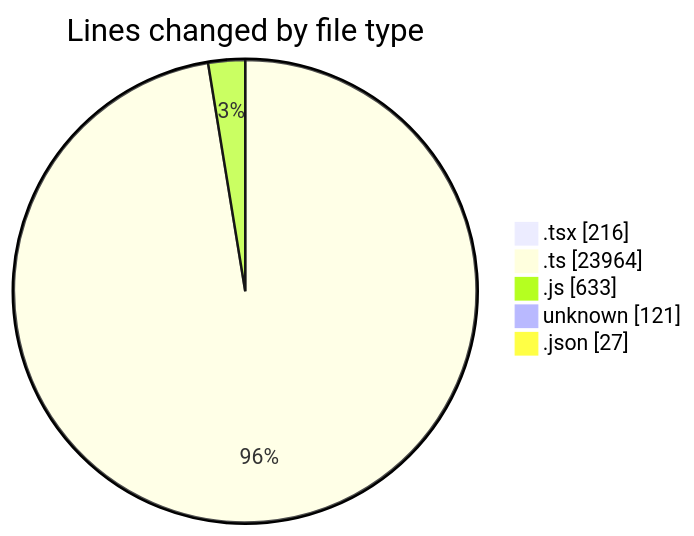
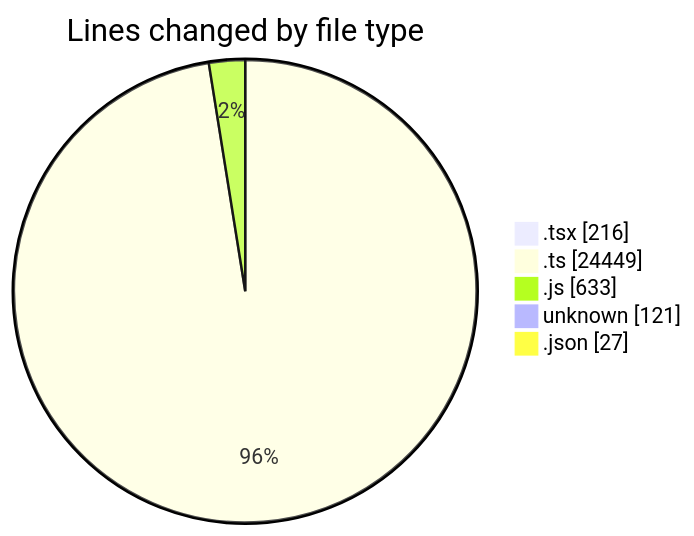
The first of 2 diagrams in 2026-06-01/cda/README.md (momahboobian/code-tracking), drawn with Mermaid before and after one commit. The commit also changed other lines of this file and 1 other file, not shown here.

````diff
--- a/2026-06-01/cda/README.md
+++ b/2026-06-01/cda/README.md
@@ -45,9 +47,9 @@
 ```mermaid
 pie showData
 title Lines changed by file type
 ".tsx" : 216
-".ts" : 23964
+".ts" : 24449
 ".js" : 633
 "unknown" : 121
 ".json" : 27
 ```
````
